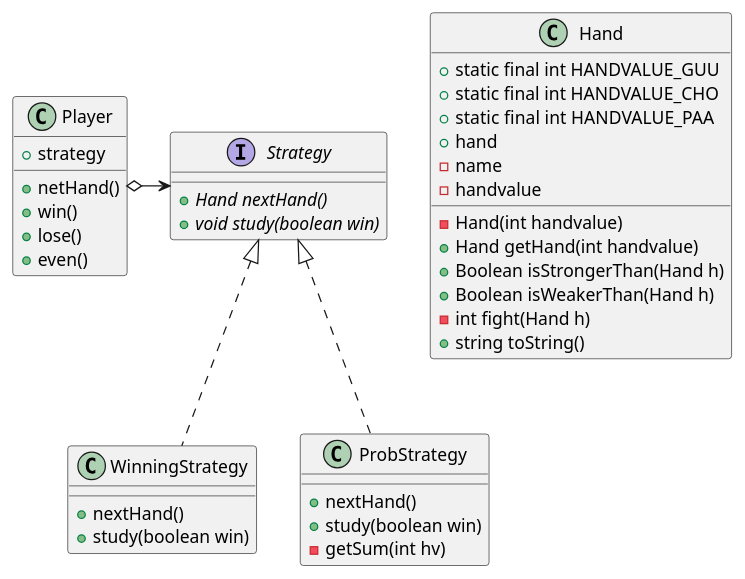
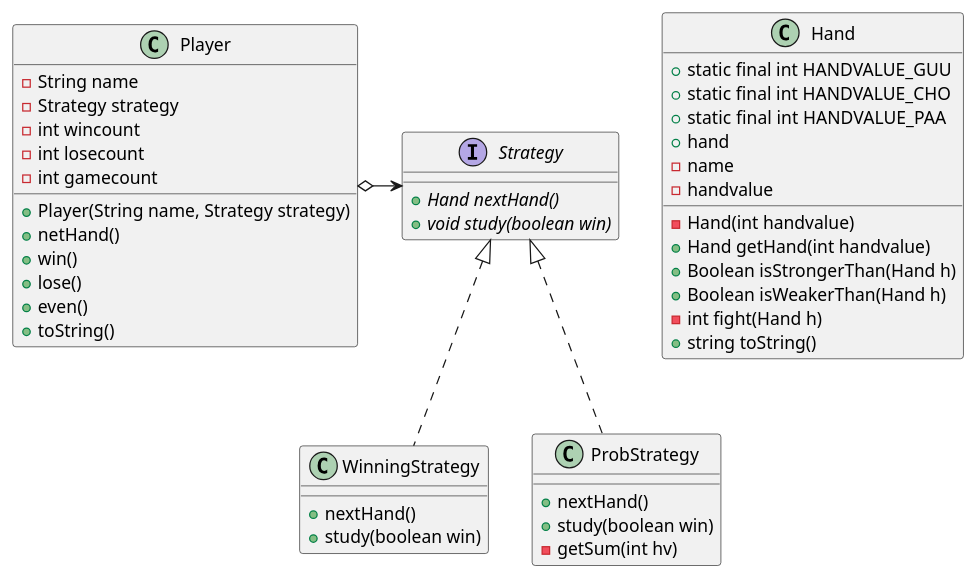
One commit to ku2ma2/design_pattern changed the diagram in Strategy/README.md. Above: the diagram before and after it, drawn with PlantUML. The commit also changed 3 other files, not shown here.

````diff
--- a/Strategy/README.md
+++ b/Strategy/README.md
@@ -4,49 +4,55 @@
 ```uml
 @startuml
 
 class Player {
-    +strategy
+    -String name
+    -Strategy strategy
+    -int wincount
+    -int losecount
+    -int gamecount
+    +Player(String name, Strategy strategy)
     +netHand()
     +win()
     +lose()
     +even()
+    +toString()
 }
 
 interface Strategy {
     {abstract} +Hand nextHand()
     {abstract} +void study(boolean win)
 }
 
 class WinningStrategy {
     +nextHand()
     +study(boolean win)
 }
 
 class ProbStrategy {
     +nextHand()
     +study(boolean win)
     -getSum(int hv)
 }
 
 class Hand {
     +static final int HANDVALUE_GUU
     +static final int HANDVALUE_CHO
     +static final int HANDVALUE_PAA
     +hand
     -name
     -handvalue
     -Hand(int handvalue)
     +Hand getHand(int handvalue)
     +Boolean isStrongerThan(Hand h)
     +Boolean isWeakerThan(Hand h)
     -int fight(Hand h)
     +string toString()
 }
 
 Player o-right-> Strategy
 WinningStrategy .up.|> Strategy
 ProbStrategy .up.|> Strategy
 
 
 @enduml
 ```
````
